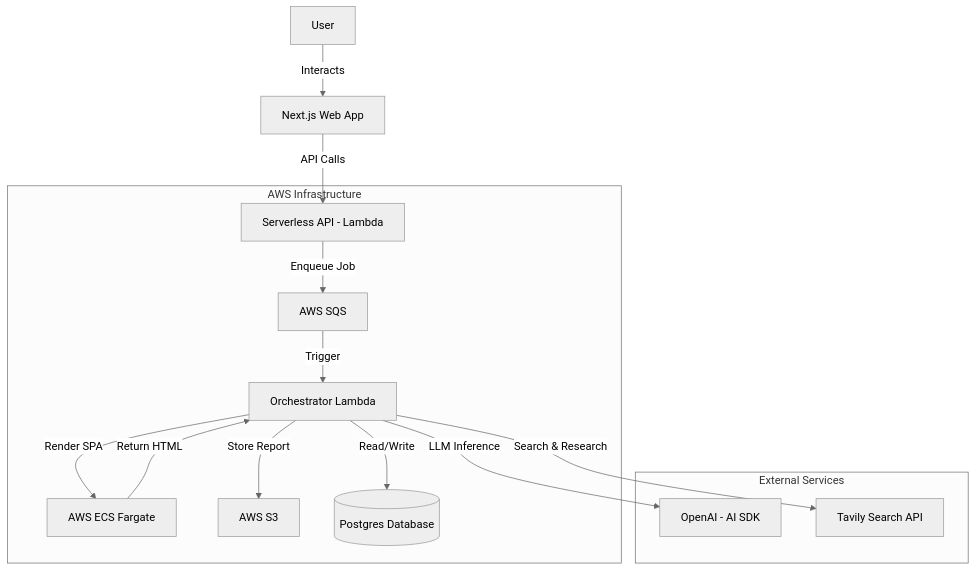
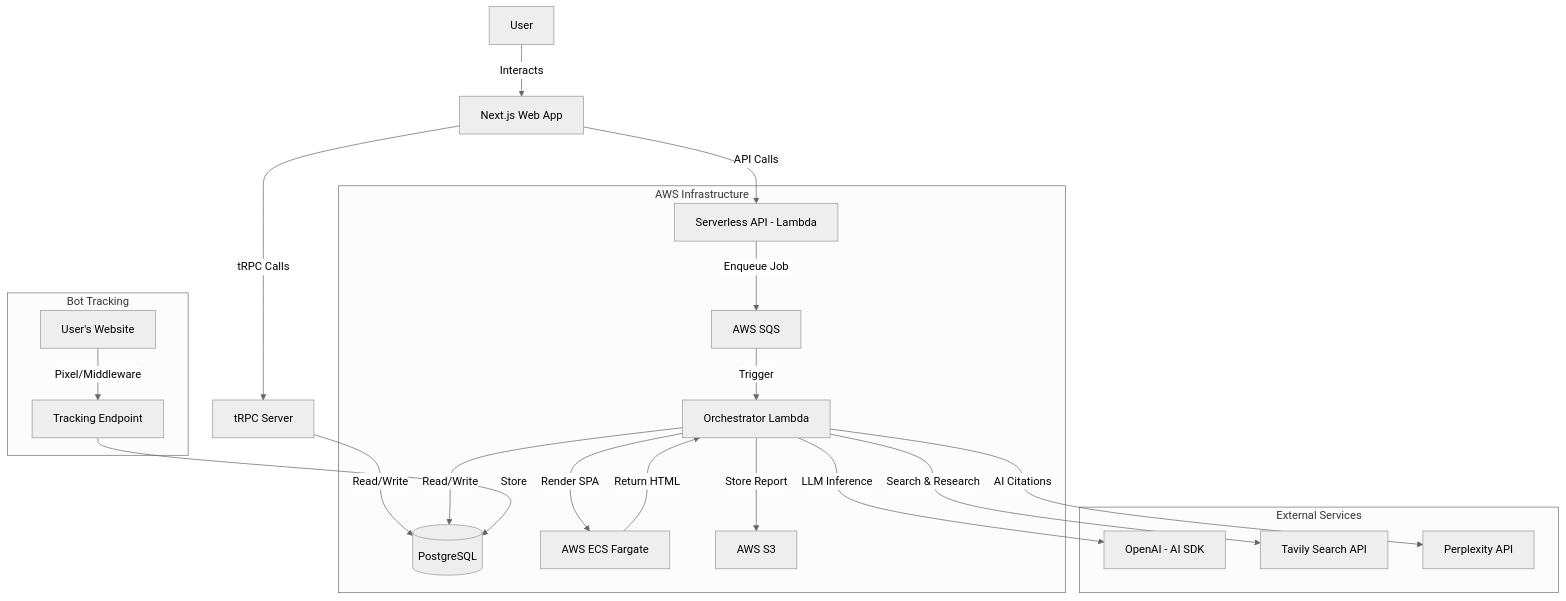
Before and after one commit to prop-intel/propintel: the diagram in .docs/30k_View/architecture.md, drawn with Mermaid (neutral theme). The commit also changed other lines of this file and 6 other files, not shown here.

````diff
--- a/.docs/30k_View/architecture.md
+++ b/.docs/30k_View/architecture.md
@@ -9,20 +14,29 @@
 ```mermaid
 graph TD
     User[User] -->|Interacts| Frontend[Next.js Web App]
+    Frontend -->|tRPC Calls| TRPC[tRPC Server]
+    TRPC -->|Read/Write| DB[(PostgreSQL)]
+    
     Frontend -->|API Calls| API[Serverless API - Lambda]
 
     subgraph AWS[AWS Infrastructure]
         API -->|Enqueue Job| SQS[AWS SQS]
         SQS -->|Trigger| Orchestrator[Orchestrator Lambda]
         Orchestrator -->|Render SPA| ECS[AWS ECS Fargate]
         Orchestrator -->|Store Report| S3[AWS S3]
-        Orchestrator -->|Read/Write| DB[(Postgres Database)]
+        Orchestrator -->|Read/Write| DB
 
         ECS -->|Return HTML| Orchestrator
     end
 
     subgraph External[External Services]
         Orchestrator -->|LLM Inference| OpenAI[OpenAI - AI SDK]
         Orchestrator -->|Search & Research| Tavily[Tavily Search API]
+        Orchestrator -->|AI Citations| Perplexity[Perplexity API]
+    end
+    
+    subgraph Tracking[Bot Tracking]
+        Website[User's Website] -->|Pixel/Middleware| TrackingAPI[Tracking Endpoint]
+        TrackingAPI -->|Store| DB
     end
 ```
````
